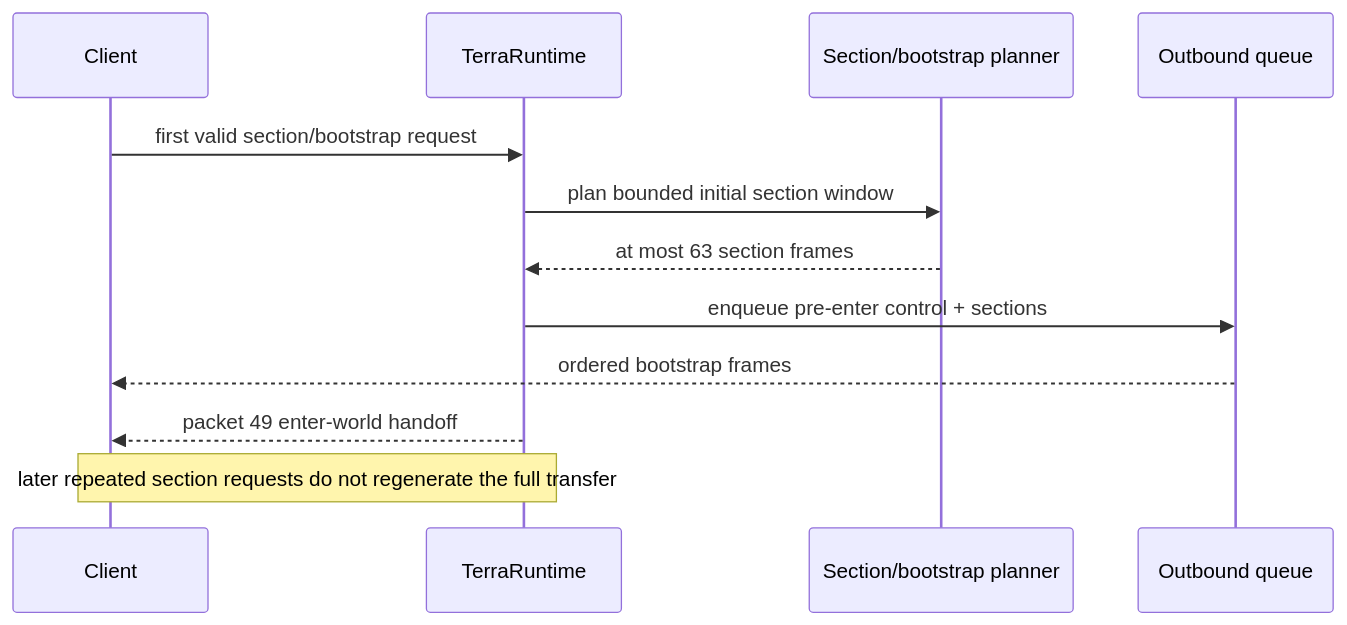
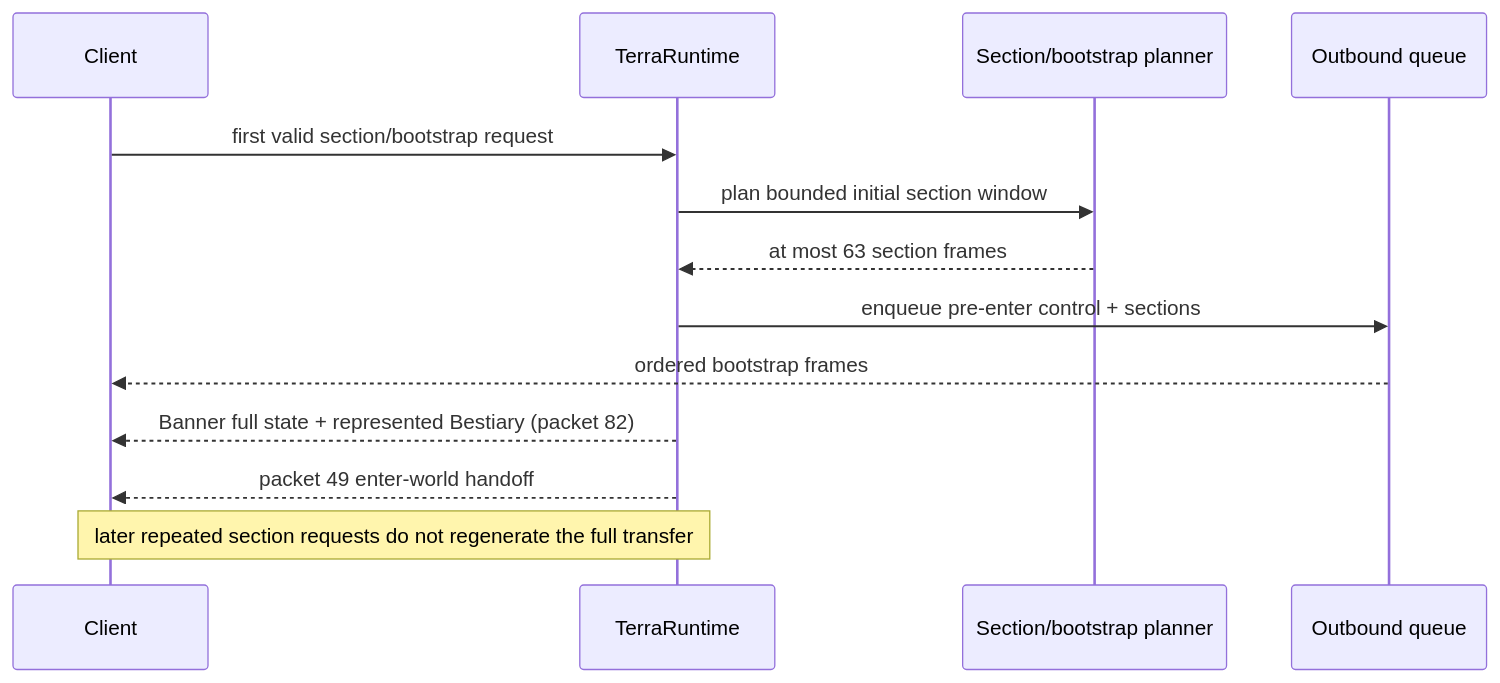
The second of 5 diagrams in docs/en/synchronization.md (VegaKernel/TerraRuntime), drawn with Mermaid before and after one commit. The commit also changed other lines of this file and 51 other files, not shown here.

````diff
--- a/docs/en/synchronization.md
+++ b/docs/en/synchronization.md
@@ -29,15 +29,16 @@
 ```mermaid
 sequenceDiagram
     participant C as Client
     participant S as TerraRuntime
     participant W as Section/bootstrap planner
     participant Q as Outbound queue
 
     C->>S: first valid section/bootstrap request
     S->>W: plan bounded initial section window
     W-->>S: at most 63 section frames
     S->>Q: enqueue pre-enter control + sections
     Q-->>C: ordered bootstrap frames
+    S-->>C: Banner full state + represented Bestiary (packet 82)
     S-->>C: packet 49 enter-world handoff
     Note over S,C: later repeated section requests do not regenerate the full transfer
 ```
````
